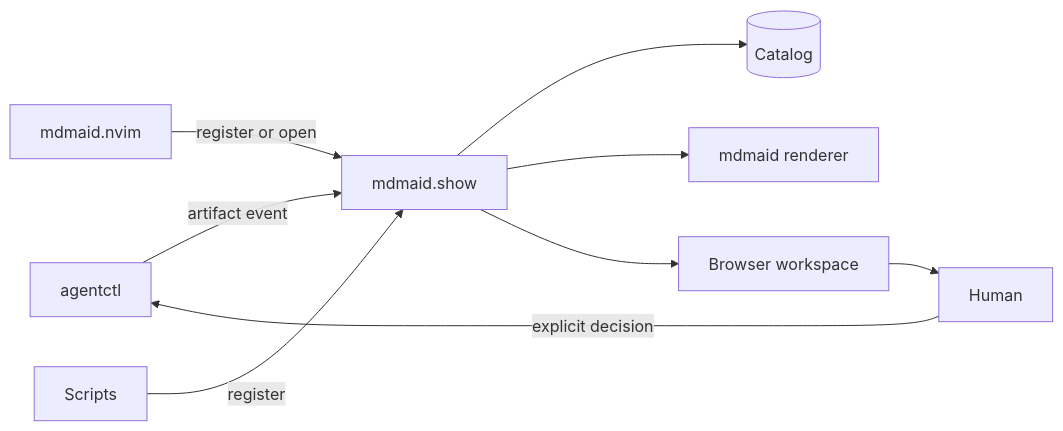
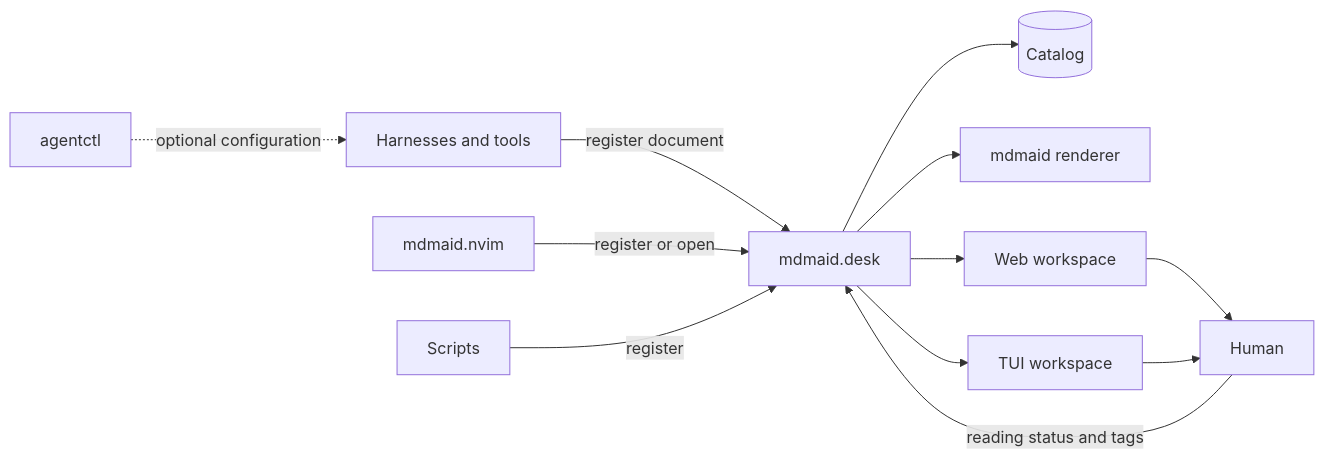
One commit to riidii-md/mdmaid.desk changed the diagram in README.md. Above: the diagram before and after it, drawn with Mermaid. The commit also changed other lines of this file and 9 other files, not shown here.

Commit message:
refactor: rename mdmaid.show to mdmaid.desk

````diff
--- a/README.md
+++ b/README.md
@@ -103,11 +104,14 @@
 ```mermaid
 flowchart LR
-    A[agentctl] -->|artifact event| S[mdmaid.show]
+    A[Harnesses and tools] -->|register document| S[mdmaid.desk]
+    CFG[agentctl] -.->|optional configuration| A
     N[mdmaid.nvim] -->|register or open| S
     X[Scripts] -->|register| S
-    S --> C[(Catalog)]
+    S --> CAT[(Catalog)]
     S --> M[mdmaid renderer]
-    S --> B[Browser workspace]
-    B --> H[Human]
-    H -->|explicit decision| A
+    S --> W[Web workspace]
+    S --> T[TUI workspace]
+    W --> H[Human]
+    T --> H
+    H -->|reading status and tags| S
 ```
````
